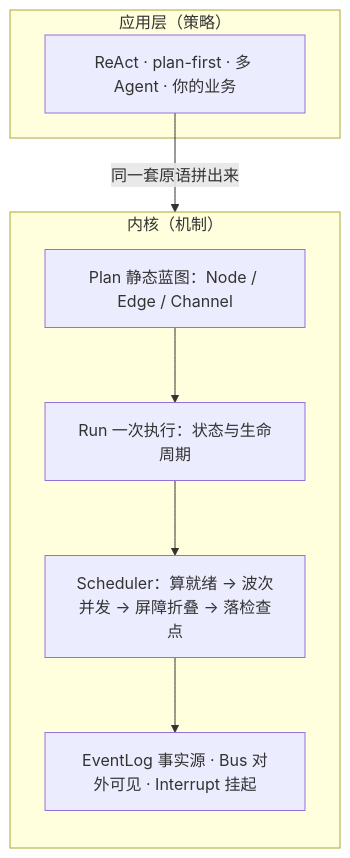
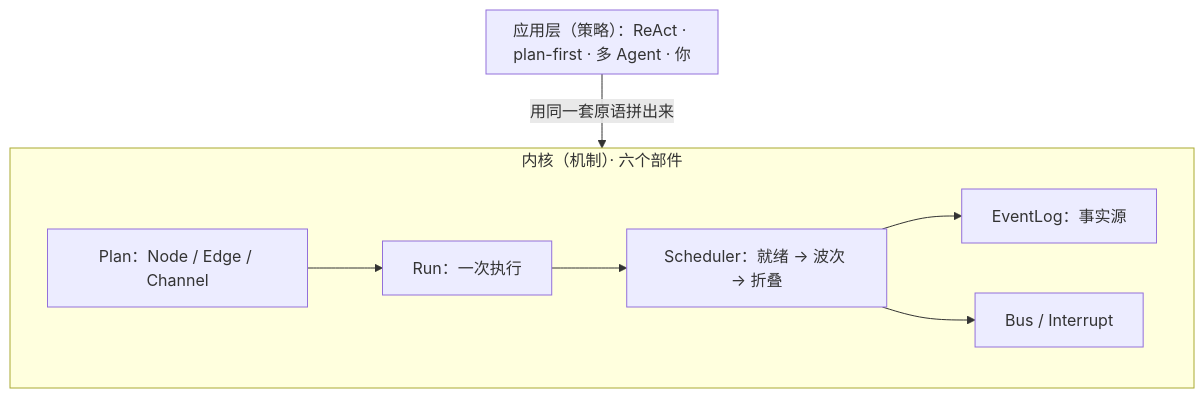
One commit to limenagent/prodagent changed the diagram in README.zh-CN.md. Above: the diagram before and after it, drawn with Mermaid. The commit also changed other lines of this file and 14 other files, not shown here.

````diff
--- a/README.zh-CN.md
+++ b/README.zh-CN.md
@@ -50,15 +36,11 @@
 ```mermaid
 flowchart TB
-  subgraph APP["应用层（策略）"]
-    A["ReAct · plan-first · 多 Agent · 你的业务"]
+  subgraph APP["应用层（策略）：ReAct · plan-first · 多 Agent · 你"]
   end
-  subgraph K["内核（机制）"]
-    direction TB
-    P["Plan 静态蓝图：Node / Edge / Channel"]
-    R["Run 一次执行：状态与生命周期"]
-    S["Scheduler：算就绪 → 波次并发 → 屏障折叠 → 落检查点"]
-    E["EventLog 事实源 · Bus 对外可见 · Interrupt 挂起"]
-    P --> R --> S --> E
+  subgraph K["内核（机制）· 六个部件"]
+    P["Plan：Node / Edge / Channel"] --> R["Run：一次执行"] --> S["Scheduler：就绪 → 波次 → 折叠"]
+    S --> L["EventLog：事实源"]
+    S --> BI["Bus / Interrupt"]
   end
-  A -->|同一套原语拼出来| K
+  APP -->|用同一套原语拼出来| K
 ```
````
